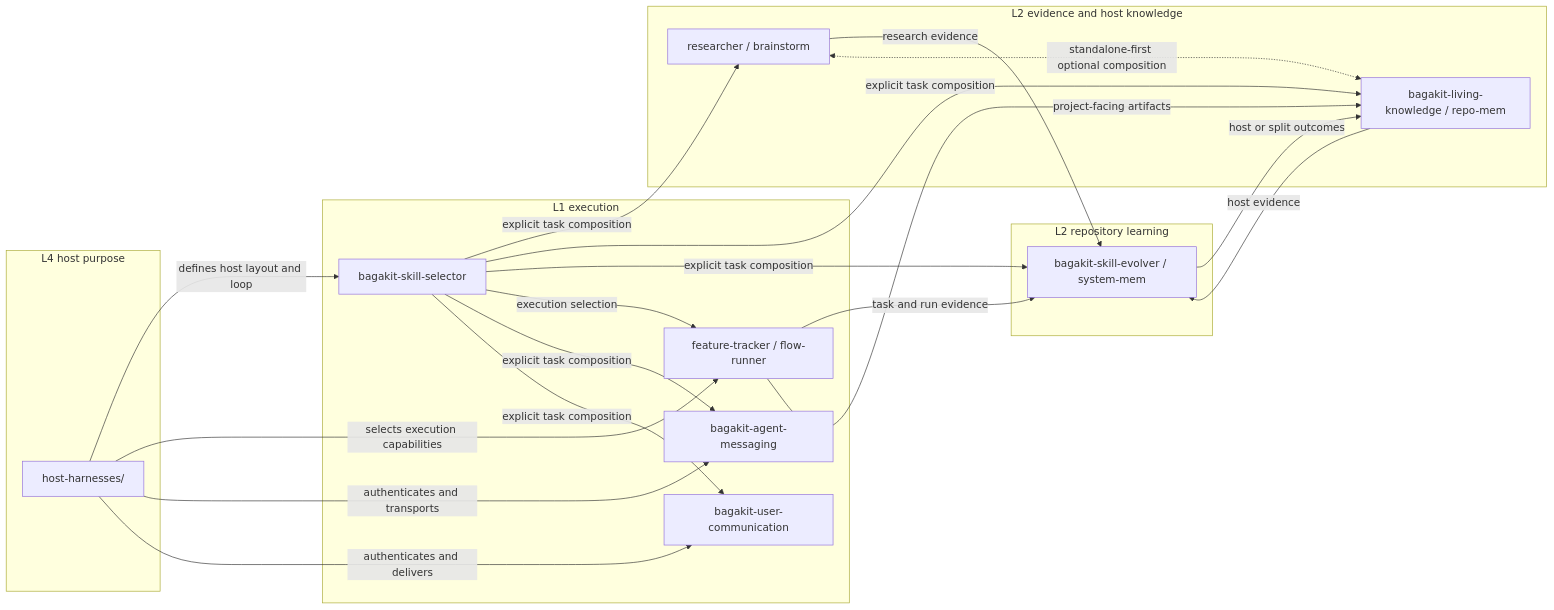
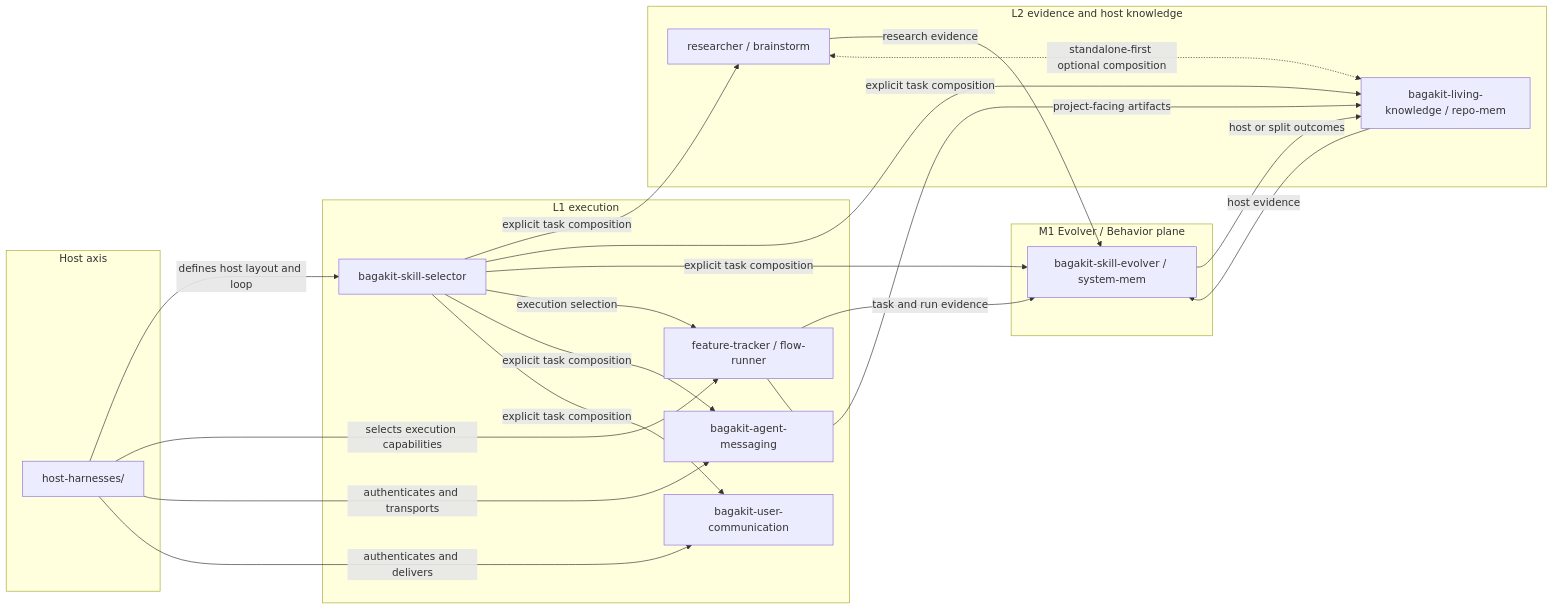
One commit to bagakit/bagakit changed the diagram in docs/architecture/A3-core-harness-topology.md. Above: the diagram before and after it, drawn with Mermaid. The commit also changed other lines of this file and 1238 other files, not shown here.

````diff
--- a/docs/architecture/A3-core-harness-topology.md
+++ b/docs/architecture/A3-core-harness-topology.md
@@ -50,41 +51,41 @@
 ```mermaid
 flowchart LR
-    subgraph L4["L4 host purpose"]
-        HOST["host-harnesses/<harness-id>"]
+    subgraph HOST["Host axis"]
+        HOST_UNIT["host-harnesses/<harness-id>"]
     end
 
     subgraph L1["L1 execution"]
         SEL["bagakit-skill-selector"]
         RUN["feature-tracker / flow-runner"]
         MSG["bagakit-agent-messaging"]
         USER["bagakit-user-communication"]
     end
 
     subgraph L2A["L2 evidence and host knowledge"]
         RES["researcher / brainstorm"]
         LIV["bagakit-living-knowledge / repo-mem"]
     end
 
-    subgraph L2B["L2 repository learning"]
+    subgraph M1L2["M1 Evolver / Behavior plane"]
         EVO["bagakit-skill-evolver / system-mem"]
     end
 
     SEL -->|explicit task composition| RES
     SEL -->|explicit task composition| LIV
     SEL -->|explicit task composition| EVO
     SEL -->|execution selection| RUN
     SEL -->|explicit task composition| MSG
     SEL -->|explicit task composition| USER
 
     RUN -->|task and run evidence| EVO
     RUN -->|project-facing artifacts| LIV
     RES -->|research evidence| EVO
     LIV -->|host evidence| EVO
     EVO -->|host or split outcomes| LIV
 
     RES <-.standalone-first optional composition.-> LIV
-    HOST -->|defines host layout and loop| SEL
-    HOST -->|selects execution capabilities| RUN
-    HOST -->|authenticates and transports| MSG
-    HOST -->|authenticates and delivers| USER
+    HOST_UNIT -->|defines host layout and loop| SEL
+    HOST_UNIT -->|selects execution capabilities| RUN
+    HOST_UNIT -->|authenticates and transports| MSG
+    HOST_UNIT -->|authenticates and delivers| USER
 ```
````
